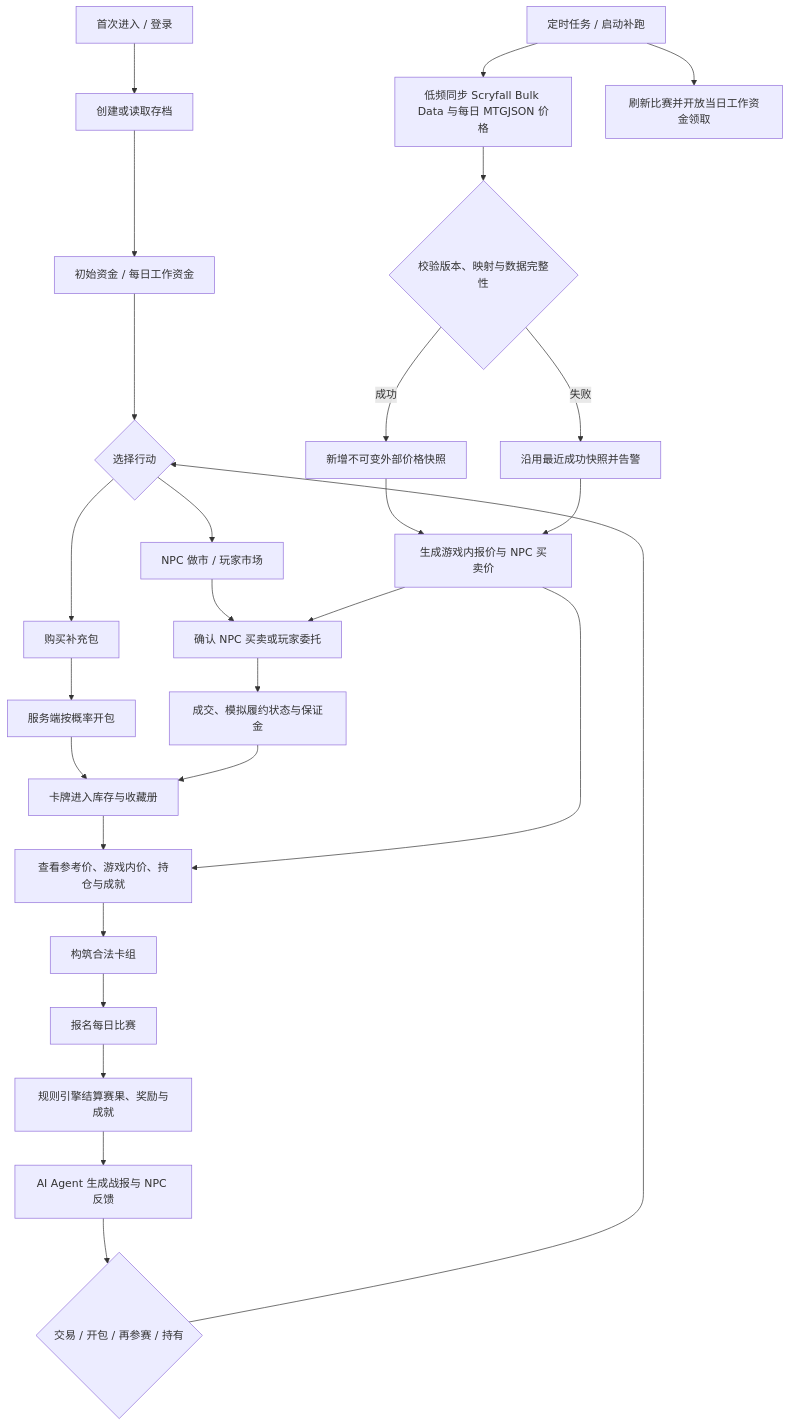
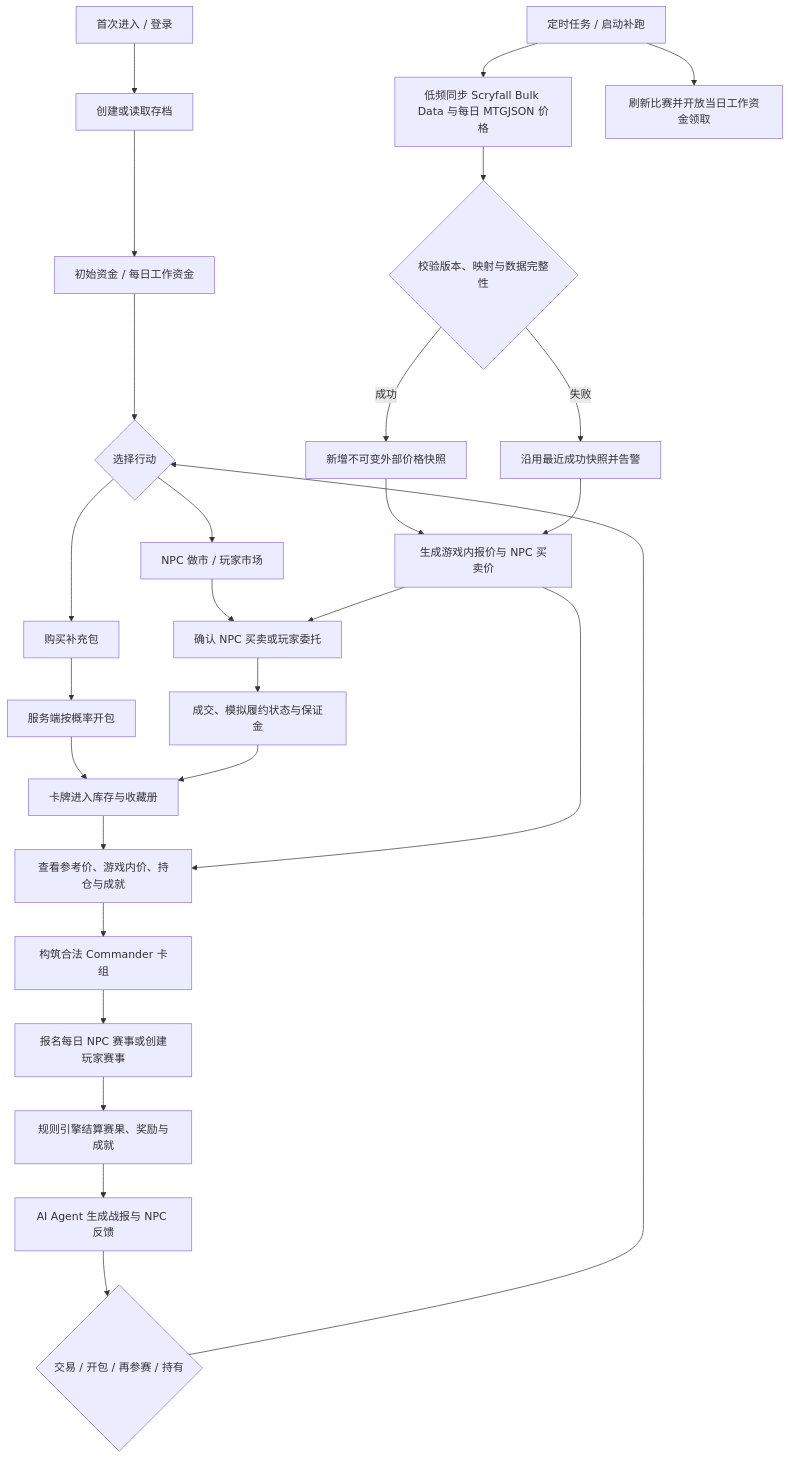
Before and after one commit to Xu-Morgen/mtgMarketSimulater: the first of 5 diagrams in 模拟器主流程与核心验收.md, drawn with Mermaid. The commit also changed other lines of this file and 8 other files, not shown here.

````diff
--- a/模拟器主流程与核心验收.md
+++ b/模拟器主流程与核心验收.md
@@ -7,30 +7,30 @@
 ```mermaid
 flowchart TD
     A[首次进入 / 登录] --> B[创建或读取存档]
     B --> C[初始资金 / 每日工作资金]
     C --> D{选择行动}
     D --> E[购买补充包]
     D --> F[NPC 做市 / 玩家市场]
     E --> G[服务端按概率开包]
     G --> H[卡牌进入库存与收藏册]
     F --> I[确认 NPC 买卖或玩家委托]
     I --> J[成交、模拟履约状态与保证金]
     J --> H
     H --> K[查看参考价、游戏内价、持仓与成就]
-    K --> L[构筑合法卡组]
-    L --> M[报名每日比赛]
+    K --> L[构筑合法 Commander 卡组]
+    L --> M[报名每日 NPC 赛事或创建玩家赛事]
     M --> N[规则引擎结算赛果、奖励与成就]
     N --> O[AI Agent 生成战报与 NPC 反馈]
     O --> P{交易 / 开包 / 再参赛 / 持有}
     P --> D
 
     Q[定时任务 / 启动补跑] --> R[低频同步 Scryfall Bulk Data 与每日 MTGJSON 价格]
     R --> S{校验版本、映射与数据完整性}
     S -- 成功 --> T[新增不可变外部价格快照]
     S -- 失败 --> U[沿用最近成功快照并告警]
     T --> V[生成游戏内报价与 NPC 买卖价]
     U --> V
     V --> K
     V --> I
     Q --> W[刷新比赛并开放当日工作资金领取]
 ```
````
